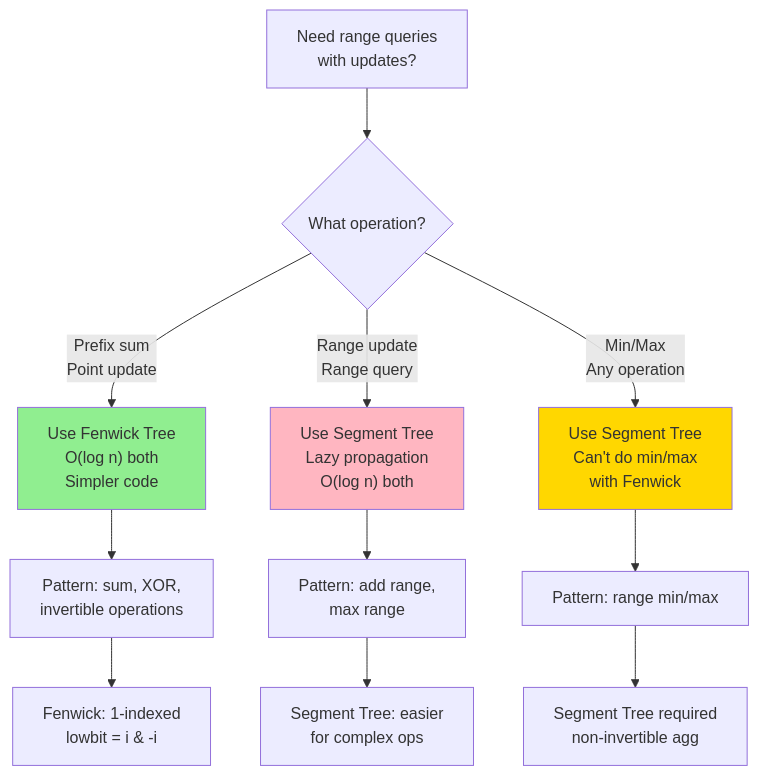
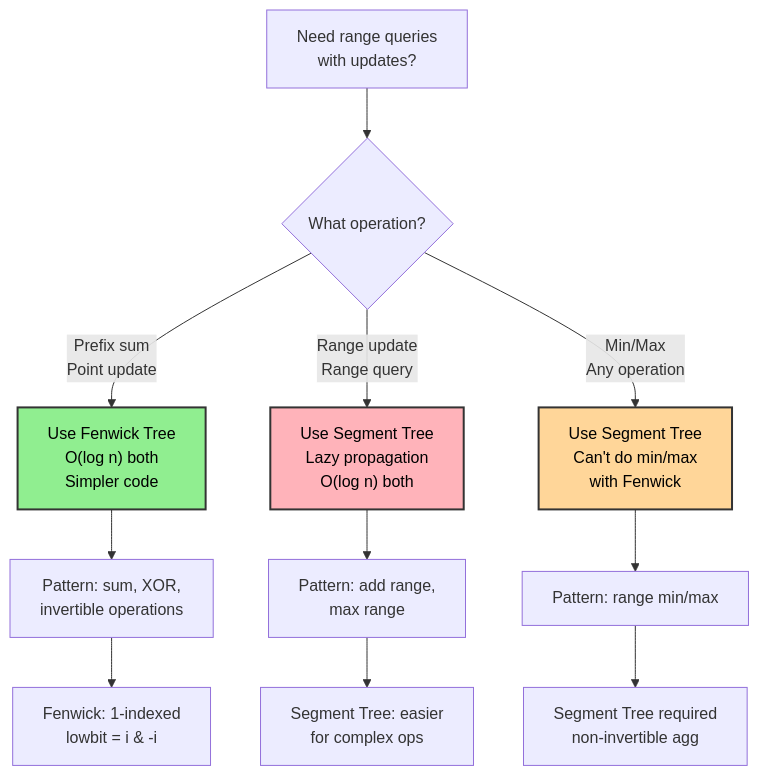
The first of 3 diagrams in docs/advanced/fenwick_tree.md (souradeepta/interviewprep), drawn with Mermaid before and after one commit. The commit also changed other lines of this file and 31 other files, not shown here.

Commit message:
updated graphs

````diff
--- a/docs/advanced/fenwick_tree.md
+++ b/docs/advanced/fenwick_tree.md
@@ -20,19 +20,19 @@
 ```mermaid
 graph TD
     A["Need range queries<br/>with updates?"] --> B{"What operation?"}
     B -->|Prefix sum<br/>Point update| C["Use Fenwick Tree<br/>O(log n) both<br/>Simpler code"]
     B -->|Range update<br/>Range query| D["Use Segment Tree<br/>Lazy propagation<br/>O(log n) both"]
     B -->|Min/Max<br/>Any operation| E["Use Segment Tree<br/>Can't do min/max<br/>with Fenwick"]
     
     C --> F["Pattern: sum, XOR,<br/>invertible operations"]
     D --> G["Pattern: add range,<br/>max range"]
     E --> H["Pattern: range min/max"]
     
     F --> I["Fenwick: 1-indexed<br/>lowbit = i & -i"]
     G --> J["Segment Tree: easier<br/>for complex ops"]
     H --> K["Segment Tree required<br/>non-invertible agg"]
     
-    style C fill:#90EE90
-    style D fill:#FFB6C1
-    style E fill:#FFD700
+    style C fill:#90ee90,color:#000,stroke:#333,stroke-width:2px
+    style D fill:#ffb3ba,color:#000,stroke:#333,stroke-width:2px
+    style E fill:#ffd699,color:#000,stroke:#333,stroke-width:2px
 ```
````
